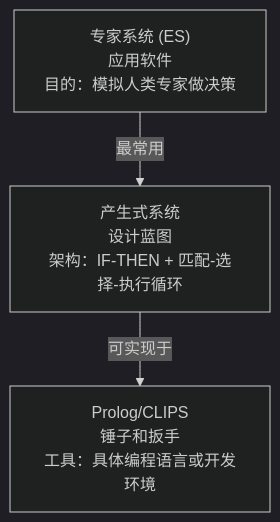
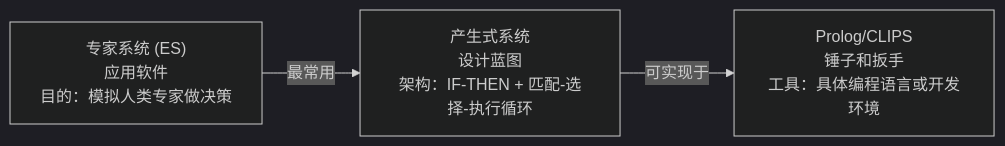
The second of 4 diagrams in 01-符号主义AI：逻辑、知识表示与专家系统.md (NegaVoayz/AI-Notes), drawn with Mermaid (dark theme) before and after one commit. The commit also changed other lines of this file and 2 other files, not shown here.

````diff
--- a/01-符号主义AI：逻辑、知识表示与专家系统.md
+++ b/01-符号主义AI：逻辑、知识表示与专家系统.md
@@ -700,8 +701,8 @@
 ```mermaid
-graph TD
+graph LR
     ES["专家系统 (ES)<br/>应用软件<br/>目的：模拟人类专家做决策"]
     PS["产生式系统<br/>设计蓝图<br/>架构：IF-THEN + 匹配-选择-执行循环"]
     PL["Prolog/CLIPS<br/>锤子和扳手<br/>工具：具体编程语言或开发环境"]
     ES -->|最常用| PS
     PS -->|可实现于| PL
 ```
````
